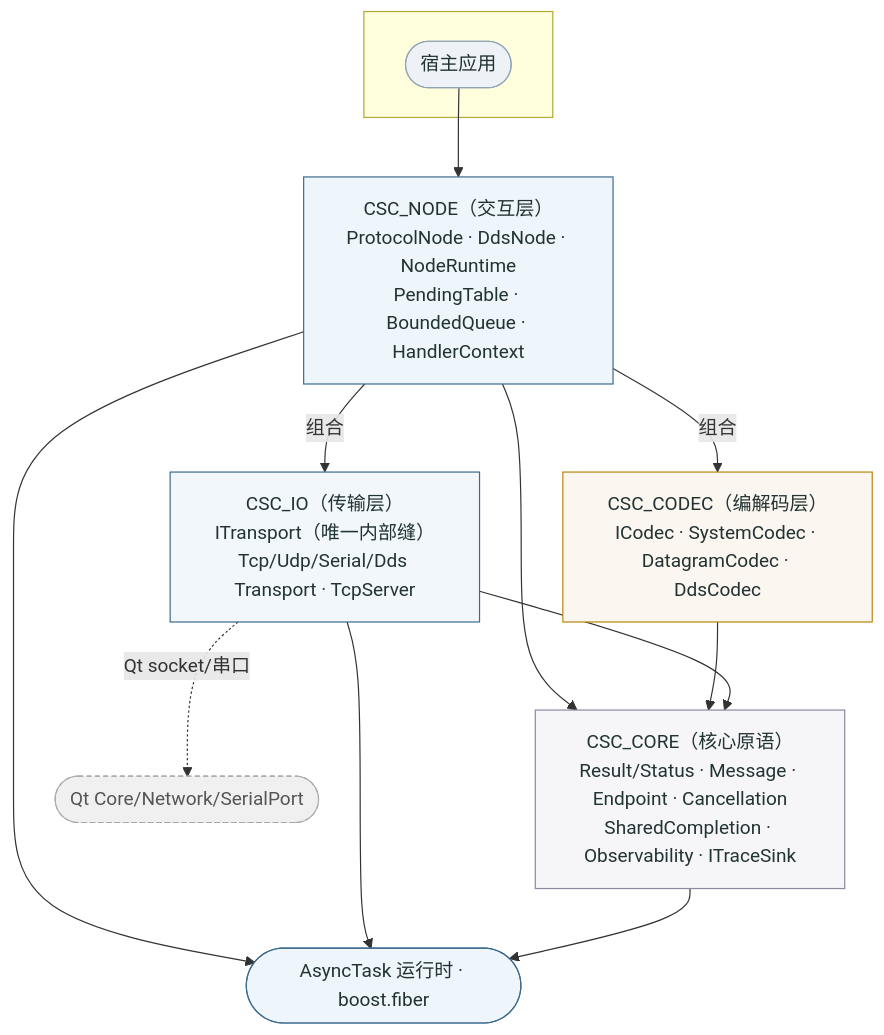
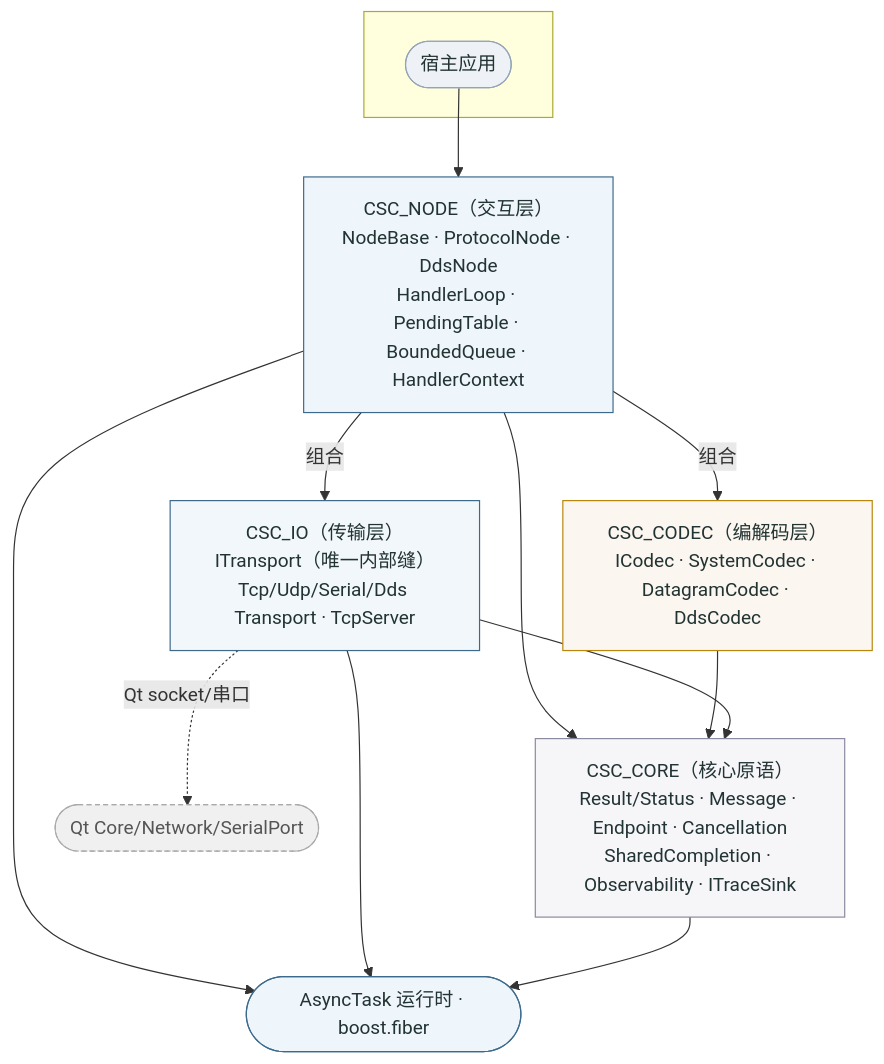
Before and after one commit to Ste7an-cs/Transport: the diagram in docs/diagrams/sdd-csc-layers.mmd, drawn with Mermaid. The commit also changed 12 other files, not shown here.

First line of the commit message:
docs: NodeBase 模板方法取代 NodeRuntime + 共享完成量轻量化(ADR-0006)

```diff
--- a/docs/diagrams/sdd-csc-layers.mmd
+++ b/docs/diagrams/sdd-csc-layers.mmd
@@ -1,33 +1,33 @@
 flowchart TB
     subgraph HOST[" "]
       APP([宿主应用])
     end
-    NODE["CSC_NODE（交互层）<br/>ProtocolNode · DdsNode · NodeRuntime<br/>PendingTable · BoundedQueue · HandlerContext"]
+    NODE["CSC_NODE（交互层）<br/>NodeBase · ProtocolNode · DdsNode<br/>HandlerLoop · PendingTable · BoundedQueue · HandlerContext"]
     CODEC["CSC_CODEC（编解码层）<br/>ICodec · SystemCodec · DatagramCodec · DdsCodec"]
     IO["CSC_IO（传输层）<br/>ITransport（唯一内部缝）<br/>Tcp/Udp/Serial/Dds Transport · TcpServer"]
     CORE["CSC_CORE（核心原语）<br/>Result/Status · Message · Endpoint · Cancellation<br/>SharedCompletion · Observability · ITraceSink"]
     RT([AsyncTask 运行时 · boost.fiber])
     QT([Qt Core/Network/SerialPort]):::opt
 
     APP --> NODE
     NODE -->|组合| CODEC
     NODE -->|组合| IO
     NODE --> CORE
     CODEC --> CORE
     IO --> CORE
     IO -.Qt socket/串口.-> QT
     NODE --> RT
     IO --> RT
     CORE --> RT
 
     classDef host fill:#eef2f7,stroke:#93a4b5,color:#233;
     classDef node fill:#eef5fb,stroke:#3d6a8c,color:#233;
     classDef codec fill:#fbf6ef,stroke:#b8860b,color:#233;
     classDef io fill:#f2f7fb,stroke:#3d6a8c,color:#233;
     classDef core fill:#f6f6f8,stroke:#8a8aa0,color:#233;
     classDef opt fill:#f0f0f0,stroke:#aaa,color:#555,stroke-dasharray:4 3;
     class APP host;
     class NODE node;
     class CODEC codec;
     class IO io;
     class CORE core;
```
